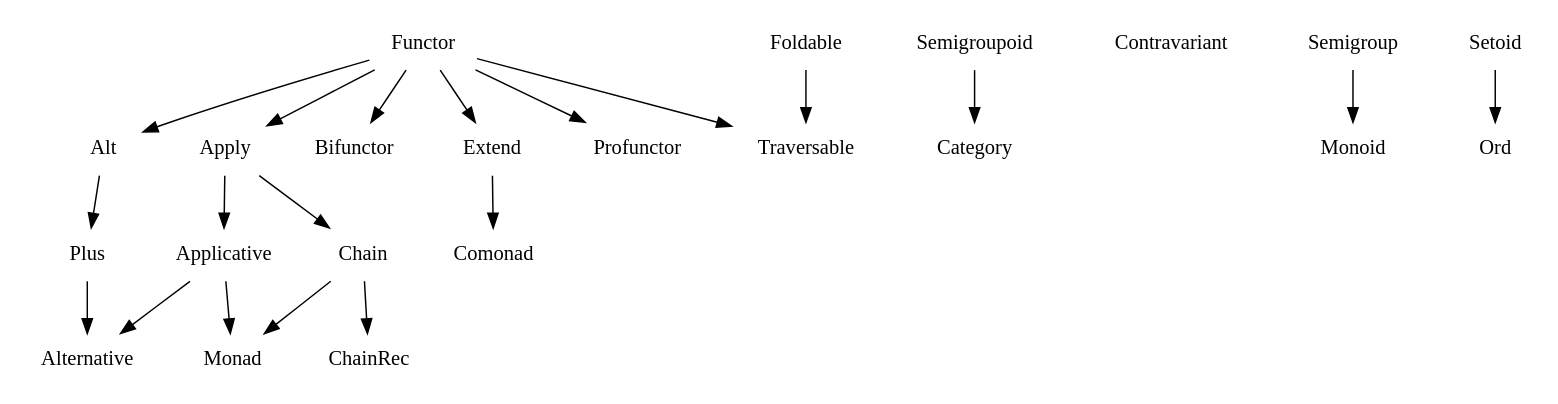
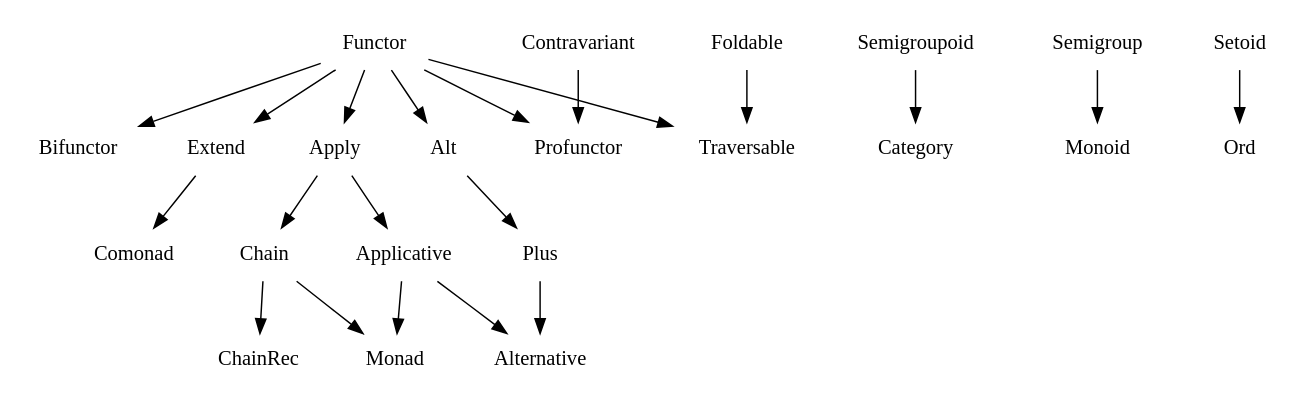
One commit to fantasyland/fantasy-land changed the diagram in figures/dependencies.dot. Above: the diagram before and after it, drawn with Graphviz. The commit also changed 2 other files, not shown here.

Commit message:
Require that Profunctor implement the Contravariant spec

```diff
--- a/figures/dependencies.dot
+++ b/figures/dependencies.dot
@@ -1,48 +1,49 @@
 digraph {
   node [shape=plaintext]
 
   # Algebras
   Alt;
   Alternative;
   Applicative;
   Apply;
   Bifunctor;
   Category;
   Chain;
   ChainRec;
   Comonad;
   Extend;
   Foldable;
   Functor;
   Contravariant;
   Monad;
   Monoid;
   Ord;
   Plus;
   Profunctor;
   Semigroup;
   Semigroupoid;
   Setoid;
   Traversable;
 
   # Dependencies
   Alt -> Plus;
   Applicative -> Alternative;
   Applicative -> Monad;
   Apply -> Applicative;
   Apply -> Chain;
   Chain -> ChainRec;
   Chain -> Monad;
+  Contravariant -> Profunctor;
   Extend -> Comonad;
   Foldable -> Traversable;
   Functor -> Alt;
   Functor -> Apply;
   Functor -> Bifunctor;
   Functor -> Extend;
   Functor -> Profunctor;
   Functor -> Traversable;
   Plus -> Alternative;
   Semigroup -> Monoid;
   Semigroupoid -> Category;
   Setoid -> Ord;
 }
```
